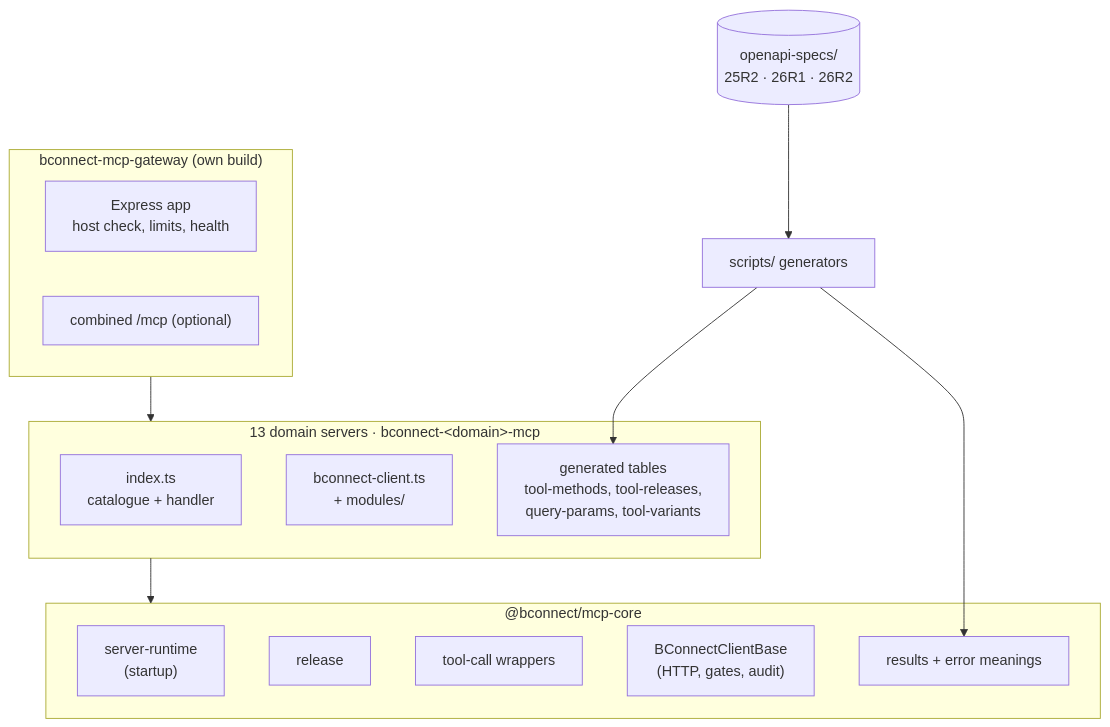
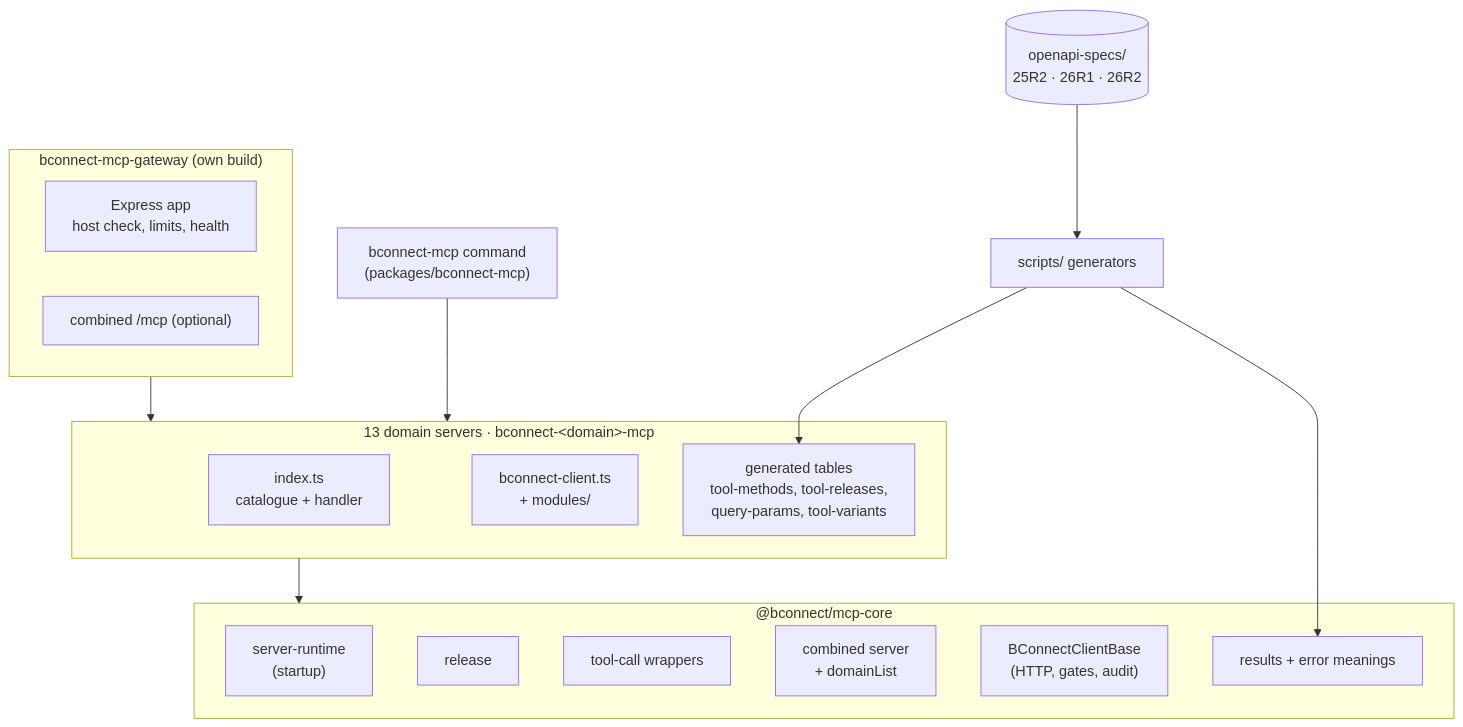
One commit to baramundisoftware/bConnect-MCP changed the second of 4 diagrams in docs/ARCHITECTURE.md. Above: the diagram before and after it, drawn with Mermaid. The commit also changed other lines of this file, not shown here.

First line of the commit message:
docs: architecture doc covers #415-#417, internal notes cut

````diff
--- a/docs/ARCHITECTURE.md
+++ b/docs/ARCHITECTURE.md
@@ -142,26 +142,29 @@
 ```mermaid
 flowchart TB
   subgraph gateway["bconnect-mcp-gateway (own build)"]
     app["Express app<br/>host check, limits, health"]
     combined["combined /mcp (optional)"]
   end
+  cmd["bconnect-mcp command<br/>(packages/bconnect-mcp)"]
   subgraph servers["13 domain servers · bconnect-&lt;domain&gt;-mcp"]
     idx["index.ts<br/>catalogue + handler"]
     cli["bconnect-client.ts<br/>+ modules/"]
     gen["generated tables<br/>tool-methods, tool-releases,<br/>query-params, tool-variants"]
   end
   subgraph core["@bconnect/mcp-core"]
     rt["server-runtime<br/>(startup)"]
     rel["release"]
     wrap["tool-call wrappers"]
+    comb["combined server<br/>+ domainList"]
     base["BConnectClientBase<br/>(HTTP, gates, audit)"]
     res["results + error meanings"]
   end
   specs[("openapi-specs/<br/>25R2 · 26R1 · 26R2")]
   scripts["scripts/ generators"]
 
   gateway --> servers
+  cmd --> servers
   servers --> core
   specs --> scripts --> gen
   scripts --> res
 ```
````
